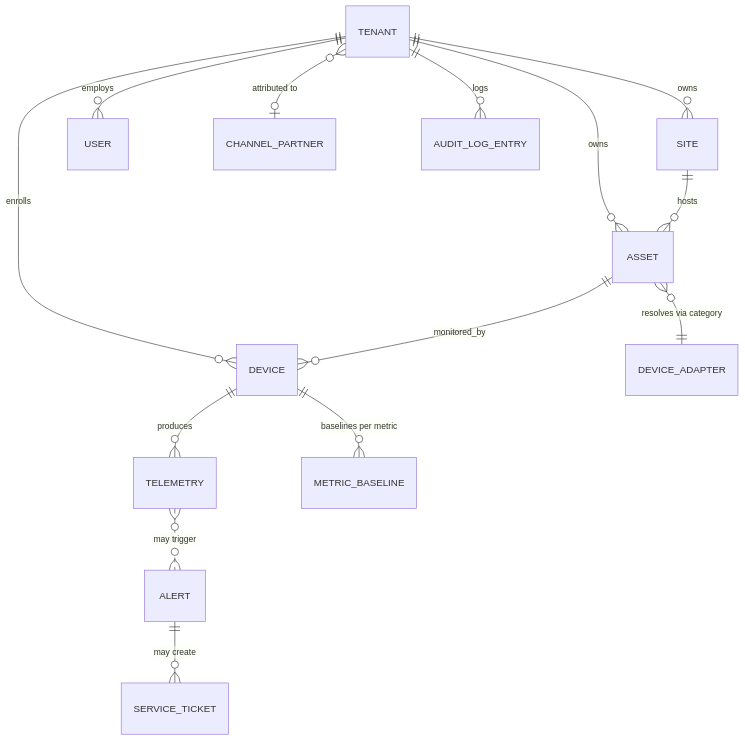
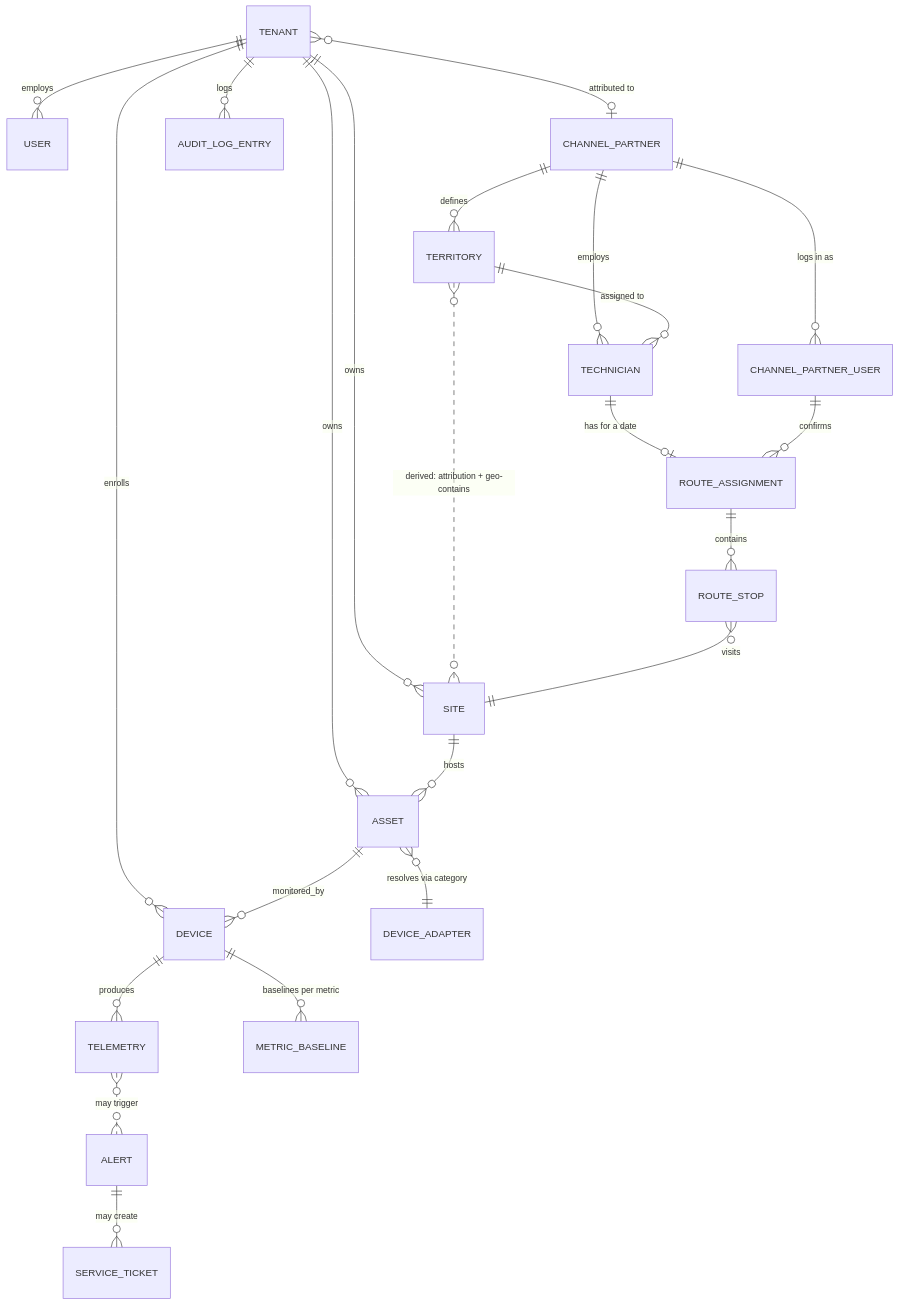
One commit to PeakLogicSystems/PeakLogic-Azure-V2 changed the diagram in docs/architecture/domain-model.md. Above: the diagram before and after it, drawn with Mermaid. The commit also changed other lines of this file and 1 other file, not shown here.

First line of the commit message:
docs: draft Domain Model v1.1 — channel-partner portal entities (pending approval)

````diff
--- a/docs/architecture/domain-model.md
+++ b/docs/architecture/domain-model.md
@@ -157,16 +203,25 @@
 ```mermaid
 erDiagram
     TENANT ||--o{ SITE : owns
     TENANT ||--o{ USER : employs
     TENANT ||--o{ ASSET : owns
     TENANT ||--o{ DEVICE : enrolls
     TENANT }o--o| CHANNEL_PARTNER : "attributed to"
     SITE ||--o{ ASSET : hosts
     ASSET ||--o{ DEVICE : monitored_by
     ASSET }o--|| DEVICE_ADAPTER : "resolves via category"
     DEVICE ||--o{ TELEMETRY : produces
     DEVICE ||--o{ METRIC_BASELINE : "baselines per metric"
     TELEMETRY }o..o{ ALERT : "may trigger"
     ALERT ||--o{ SERVICE_TICKET : "may create"
     TENANT ||--o{ AUDIT_LOG_ENTRY : logs
+    CHANNEL_PARTNER ||--o{ CHANNEL_PARTNER_USER : "logs in as"
+    CHANNEL_PARTNER ||--o{ TERRITORY : defines
+    CHANNEL_PARTNER ||--o{ TECHNICIAN : employs
+    TERRITORY ||--o{ TECHNICIAN : "assigned to"
+    TERRITORY }o..o{ SITE : "derived: attribution + geo-contains"
+    TECHNICIAN ||--o| ROUTE_ASSIGNMENT : "has for a date"
+    ROUTE_ASSIGNMENT ||--o{ ROUTE_STOP : contains
+    ROUTE_STOP }o--|| SITE : visits
+    CHANNEL_PARTNER_USER ||--o{ ROUTE_ASSIGNMENT : confirms
 ```
````
